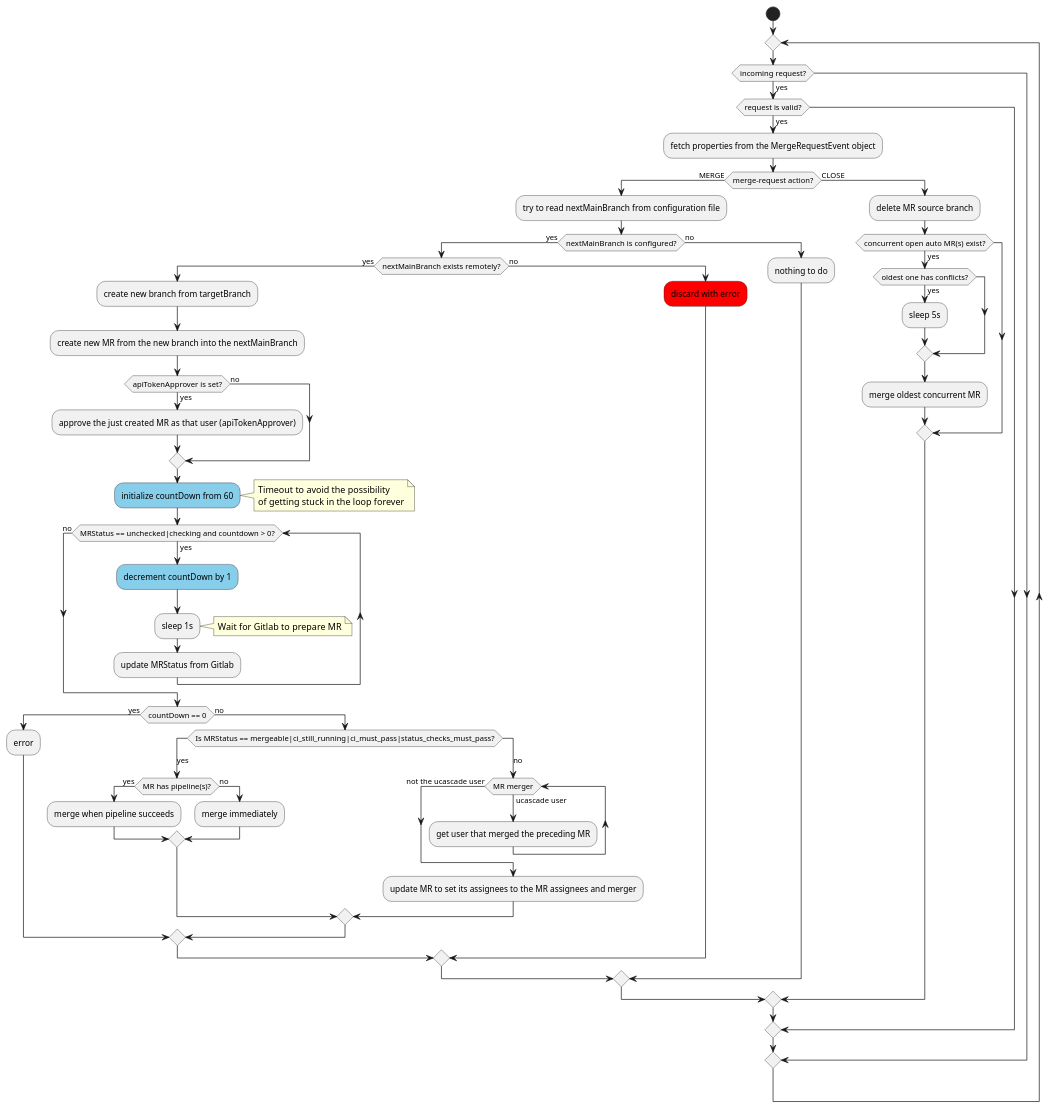
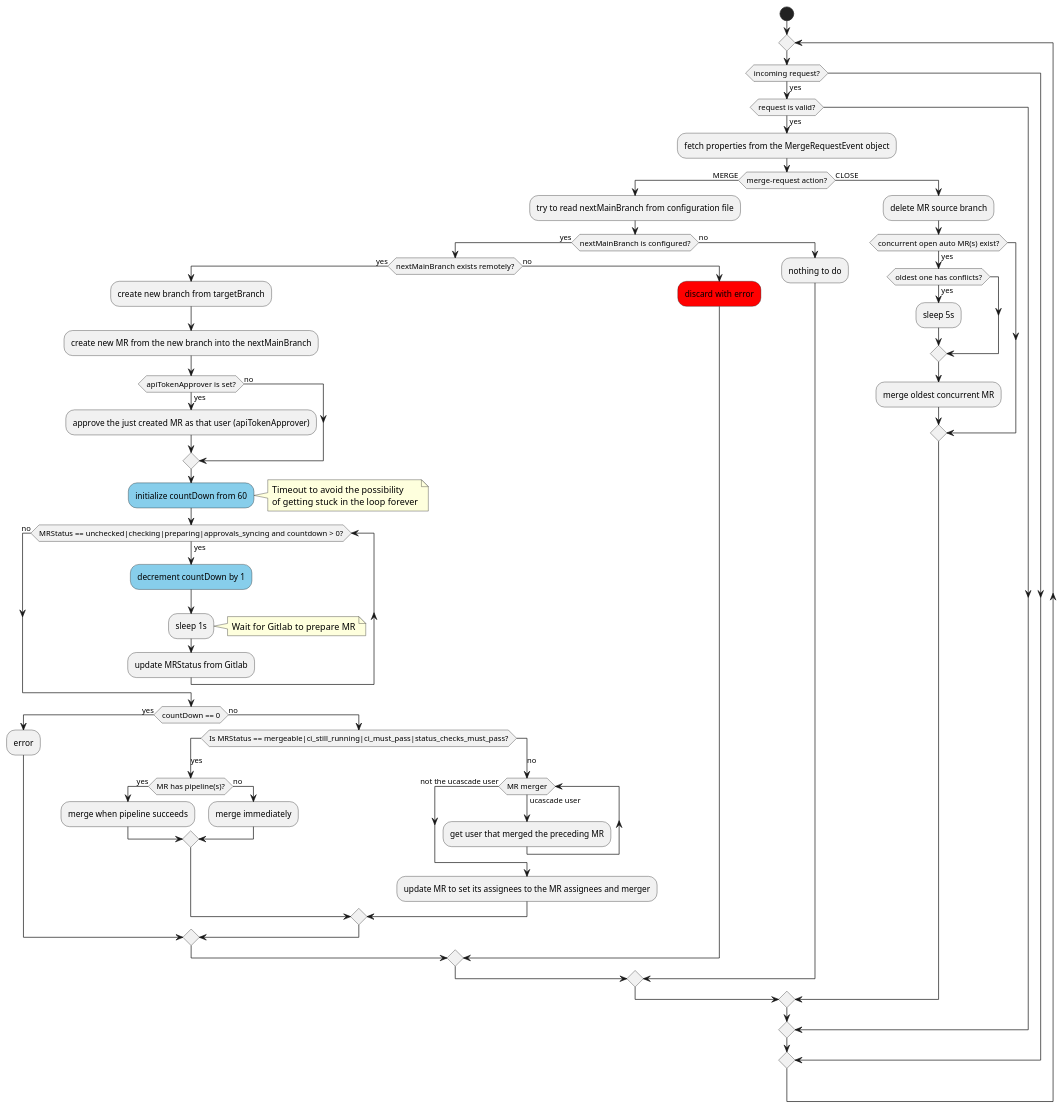
Before and after one commit to unblu/ucascade: the diagram in _documentation/src/docs/diagrams/technical-workflow.puml, drawn with PlantUML. The commit also changed 2 other files, not shown here.

Commit message:
Fixes #31 Add "approvals_syncing" to list of mr status that we want to wait on (#32)

```diff
--- a/_documentation/src/docs/diagrams/technical-workflow.puml
+++ b/_documentation/src/docs/diagrams/technical-workflow.puml
@@ -1,63 +1,63 @@
 @startuml technical-workflow
 start
 repeat
 if (incoming request?) then (yes)
     if (request is valid?) then (yes)
         :fetch properties from the MergeRequestEvent object;
         if (merge-request action?) then (MERGE)
             :try to read nextMainBranch from configuration file;
             if (nextMainBranch is configured?) then (yes)
                 if (nextMainBranch exists remotely?) then (yes)
                     :create new branch from targetBranch;
                     :create new MR from the new branch into the nextMainBranch;
                     if (apiTokenApprover is set?) then (yes)
                         :approve the just created MR as that user (apiTokenApprover);
                     else (no)
                     endif
                     #SkyBlue:initialize countDown from 60;
                     note right 
                         Timeout to avoid the possibility
                         of getting stuck in the loop forever
                     end note
-                    while(MRStatus == unchecked|checking and countdown > 0?) is (yes)
+                    while(MRStatus == unchecked|checking|preparing|approvals_syncing and countdown > 0?) is (yes)
                         #SkyBlue:decrement countDown by 1;
                         :sleep 1s;
                         note right: Wait for Gitlab to prepare MR
                         :update MRStatus from Gitlab;
                     endwhile (no)
                     if (countDown == 0) then (yes) 
                         :error;
                     else (no)
                         switch(Is MRStatus == mergeable|ci_still_running|ci_must_pass|status_checks_must_pass?)
                         case (yes)
                             if (MR has pipeline(s)?) then (yes)
                                 :merge when pipeline succeeds;
                             else (no)
                                 :merge immediately;
                             endif
                         case (no)
                             while(MR merger) is (ucascade user)
                                 :get user that merged the preceding MR;
                             endwhile (not the ucascade user)
                             :update MR to set its assignees to the MR assignees and merger;
                         endswitch
                     endif
                 else (no)
                     #red:discard with error;
                 endif
                 else (no)
                     :nothing to do;
             endif
         else (CLOSE)
             :delete MR source branch;
             if (concurrent open auto MR(s) exist?) then (yes)
                 if (oldest one has conflicts?) then (yes)
                     :sleep 5s;
                 endif
                 :merge oldest concurrent MR;
             endif
         endif
     endif
 endif
 repeat while
 @enduml
```
